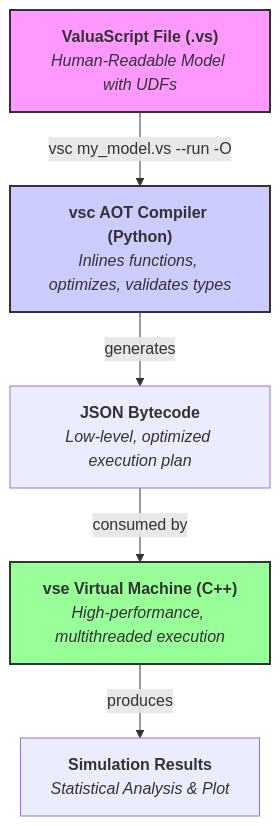
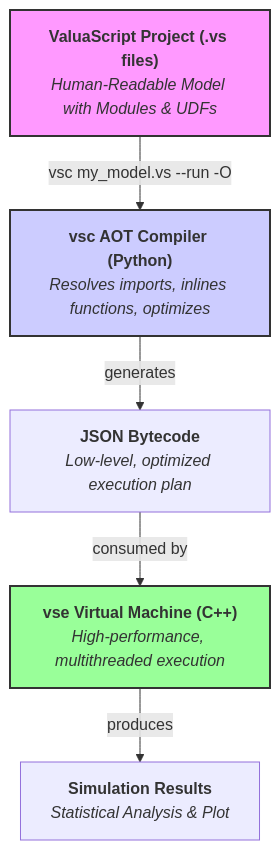
One commit to Alessio2704/monte-carlo-simulator changed the first of 2 diagrams in README.md. Above: the diagram before and after it, drawn with Mermaid. The commit also changed other lines of this file, not shown here.

````diff
--- a/README.md
+++ b/README.md
@@ -48,11 +49,11 @@
 ```mermaid
 graph TD;
-    A["<b>ValuaScript File (.vs)</b><br/><i>Human-Readable Model with UDFs</i>"] -- "vsc my_model.vs --run -O" --> B["<b>vsc AOT Compiler (Python)</b><br/><i>Inlines functions, optimizes, validates types</i>"];
+    A["<b>ValuaScript Project (.vs files)</b><br/><i>Human-Readable Model with Modules & UDFs</i>"] -- "vsc my_model.vs --run -O" --> B["<b>vsc AOT Compiler (Python)</b><br/><i>Resolves imports, inlines functions, optimizes</i>"];
     B -- generates --> C["<b>JSON Bytecode</b><br/><i>Low-level, optimized execution plan</i>"];
     C -- consumed by --> D["<b>vse Virtual Machine (C++)</b><br/><i>High-performance, multithreaded execution</i>"];
     D -- produces --> E["<b>Simulation Results</b><br/><i>Statistical Analysis & Plot</i>"];
 
     style A fill:#f9f,stroke:#333,stroke-width:2px
     style B fill:#ccf,stroke:#333,stroke-width:2px
     style D fill:#9f9,stroke:#333,stroke-width:2px
 ```
````
